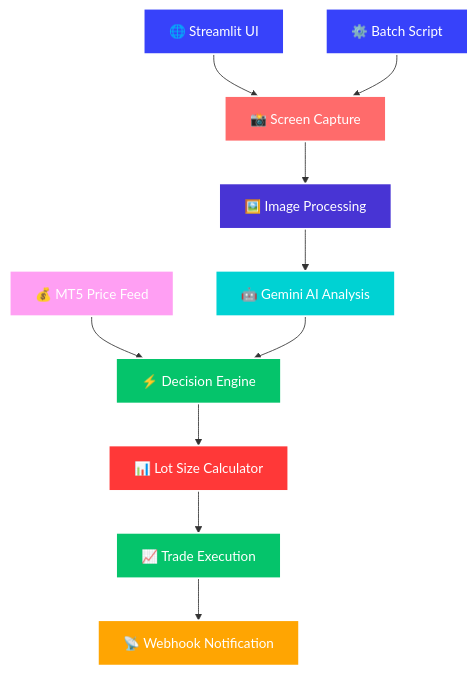
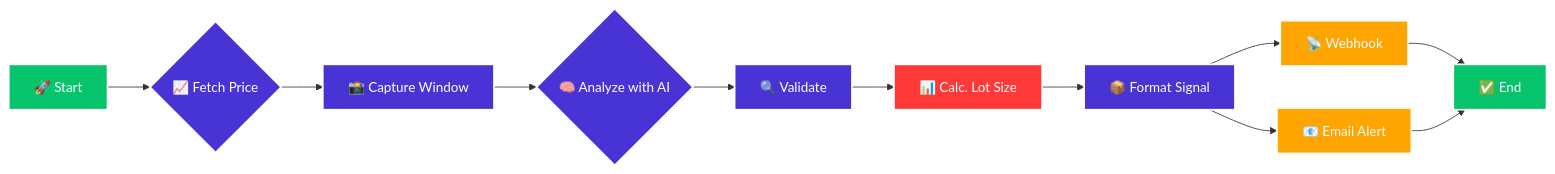
One commit to Jayfrej/1073 changed the diagram in README.md. Above: the diagram before and after it, drawn with Mermaid. The commit also changed other lines of this file, not shown here.

````diff
--- a/README.md
+++ b/README.md
@@ -7,40 +24,24 @@
 ```mermaid
-graph TD
-    %% Input Sources
-    H[🌐 Streamlit UI] --> A
-    I[⚙️ Batch Script] --> A
-    
-    %% Main Processing Flow
-    A[📸 Screen Capture] --> B[🖼️ Image Processing]
-    B --> C[🤖 Gemini AI Analysis]
-    
-    %% Data Sources
-    D[💰 MT5 Price Feed] --> E[⚡ Decision Engine]
-    C --> E
-    
-    %% Risk Management
-    E --> J[📊 Lot Size Calculator]
-    J --> F[📈 Trade Execution]
-    
-    %% Execution & Output
-    F --> G[📡 Webhook Notification]
-    
-    %% Styling
-    classDef inputClass fill:#ff6b6b,stroke:#fff,stroke-width:2px,color:#fff
-    classDef processClass fill:#4834d4,stroke:#fff,stroke-width:2px,color:#fff
-    classDef aiClass fill:#00d2d3,stroke:#fff,stroke-width:2px,color:#fff
-    classDef dataClass fill:#ff9ff3,stroke:#fff,stroke-width:2px,color:#fff
-    classDef executeClass fill:#05c46b,stroke:#fff,stroke-width:2px,color:#fff
-    classDef outputClass fill:#ffa502,stroke:#fff,stroke-width:2px,color:#fff
-    classDef interfaceClass fill:#3742fa,stroke:#fff,stroke-width:2px,color:#fff
-    classDef riskClass fill:#ff3838,stroke:#fff,stroke-width:2px,color:#fff
-    
-    class H,I interfaceClass
-    class A inputClass
-    class B processClass
-    class C aiClass
-    class D dataClass
-    class J riskClass
-    class E,F executeClass
-    class G outputClass
+graph LR
+    A[🚀 Start] --> B{📈 Fetch Price};
+    B --> C[📸 Capture Window];
+    C --> D{🧠 Analyze with AI};
+    D --> E[🔍 Validate];
+    E --> F[📊 Calc. Lot Size];
+    F --> G[📦 Format Signal];
+    G --> H[📧 Email Alert];
+    G --> I[📡 Webhook];
+    I --> J[✅ End];
+    H --> J;
+
+    %% Node Styling
+    classDef start_end fill:#05c46b,stroke:#fff,stroke-width:2px,color:#fff;
+    classDef process fill:#4834d4,stroke:#fff,stroke-width:2px,color:#fff;
+    classDef critical_process fill:#ff3838,stroke:#fff,stroke-width:2px,color:#fff;
+    classDef output fill:#ffa502,stroke:#fff,stroke-width:2px,color:#fff;
+
+    class A,J start_end;
+    class B,C,D,E,G process;
+    class F critical_process;
+    class H,I output;
 ```
````
